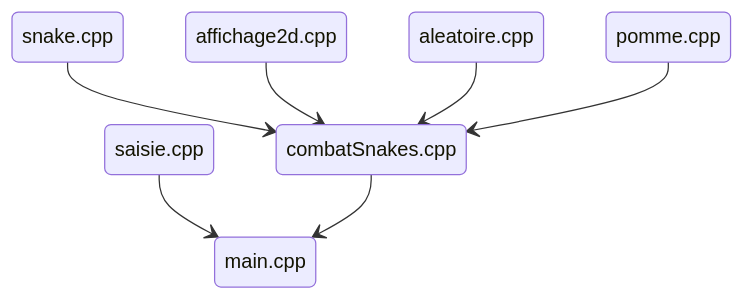
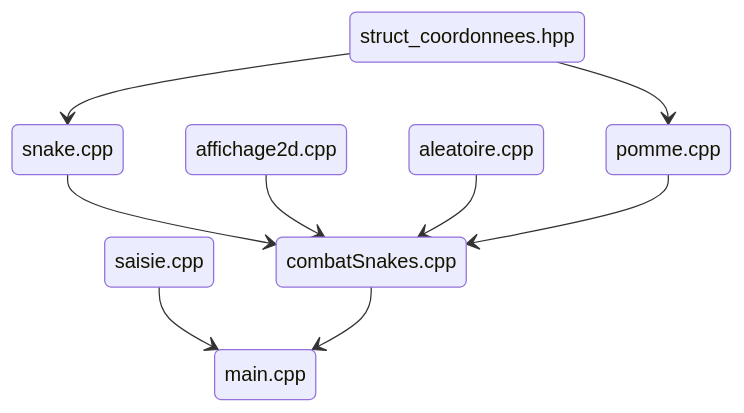
Before and after one commit to Balkghar/08_Snake: the diagram in README.md, drawn with Mermaid. The commit also changed other lines of this file, not shown here.

````diff
--- a/README.md
+++ b/README.md
@@ -32,9 +32,11 @@
  ```mermaid
  stateDiagram
      saisie.cpp --> main.cpp
      combatSnakes.cpp --> main.cpp
      snake.cpp --> combatSnakes.cpp
      affichage2d.cpp --> combatSnakes.cpp
      aleatoire.cpp --> combatSnakes.cpp
      pomme.cpp --> combatSnakes.cpp
+	  struct_coordonnees.hpp --> snake.cpp
+	  struct_coordonnees.hpp --> pomme.cpp
  ```
````
